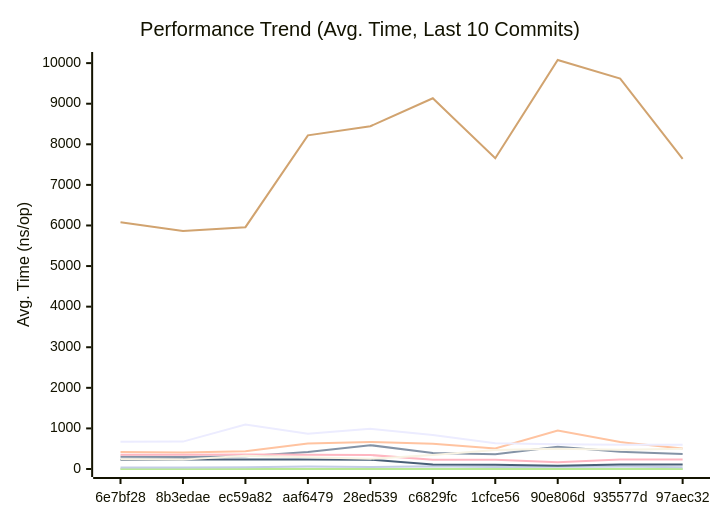
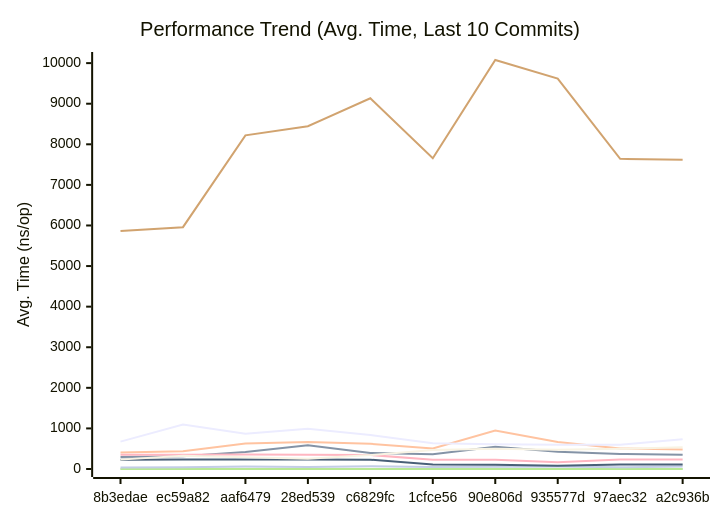
The first of 3 diagrams in docs/PERFORMANCE.md (alsotoes/momo), drawn with Mermaid before and after one commit. The commit also changed other lines of this file and 5 other files, not shown here.

````diff
--- a/docs/PERFORMANCE.md
+++ b/docs/PERFORMANCE.md
@@ -128,18 +128,18 @@
 ```mermaid
 xychart-beta
     title "Performance Trend (Avg. Time, Last 10 Commits)"
     x-axis "Commit"
     y-axis "Avg. Time (ns/op)"
-    x-axis [6e7bf28,8b3edae,ec59a82,aaf6479,28ed539,c6829fc,1cfce56,90e806d,935577d,97aec32]
-    line "CheckMetricsAndSwap" [8,8,10,11,9,9,8,11,10,9]
-    line "CrushOptimized" [304,293,317,420,587,396,363,549,426,370]
-    line "CrushOriginal" [419,409,436,627,667,620,506,949,663,507]
-    line "IndexDirectTracking" [0,0,0,1,0,0,0,0,0,0]
-    line "IndexSearch" [2,2,2,3,2,2,2,2,2,2]
-    line "LoadGlobalConfig" [6080,5863,5958,8220,8445,9134,7656,10077,9618,7642]
-    line "PadString" [39,39,41,59,49,67,48,56,64,43]
+    x-axis [8b3edae,ec59a82,aaf6479,28ed539,c6829fc,1cfce56,90e806d,935577d,97aec32,a2c936b]
+    line "CheckMetricsAndSwap" [8,10,11,9,9,8,11,10,9,8]
+    line "CrushOptimized" [293,317,420,587,396,363,549,426,370,350]
+    line "CrushOriginal" [409,436,627,667,620,506,949,663,507,479]
+    line "IndexDirectTracking" [0,0,1,0,0,0,0,0,0,0]
+    line "IndexSearch" [2,2,3,2,2,2,2,2,2,2]
+    line "LoadGlobalConfig" [5863,5958,8220,8445,9134,7656,10077,9618,7642,7622]
+    line "PadString" [39,41,59,49,67,48,56,64,43,60]
     line "ParseReplicationOrder_NoPrealloc" [350,349,357,354,345,225,229,165,232,234]
     line "ParseReplicationOrder_Prealloc" [229,231,237,234,229,108,107,80,110,109]
-    line "SanitizeLog/Safe" [238,231,326,287,252,342,470,497,475,497]
-    line "SanitizeLog/Unsafe" [671,675,1095,866,989,838,634,610,596,597]
+    line "SanitizeLog/Safe" [231,326,287,252,342,470,497,475,497,537]
+    line "SanitizeLog/Unsafe" [675,1095,866,989,838,634,610,596,597,732]
 ```
````
